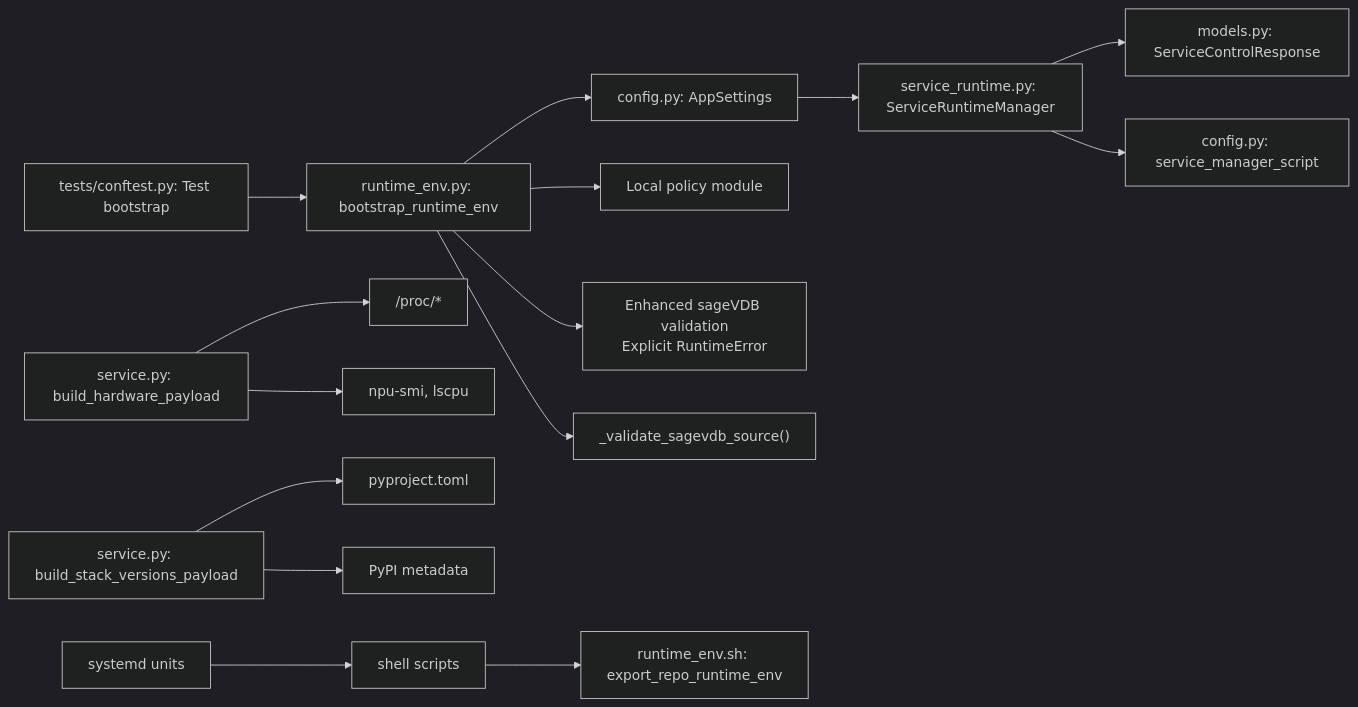
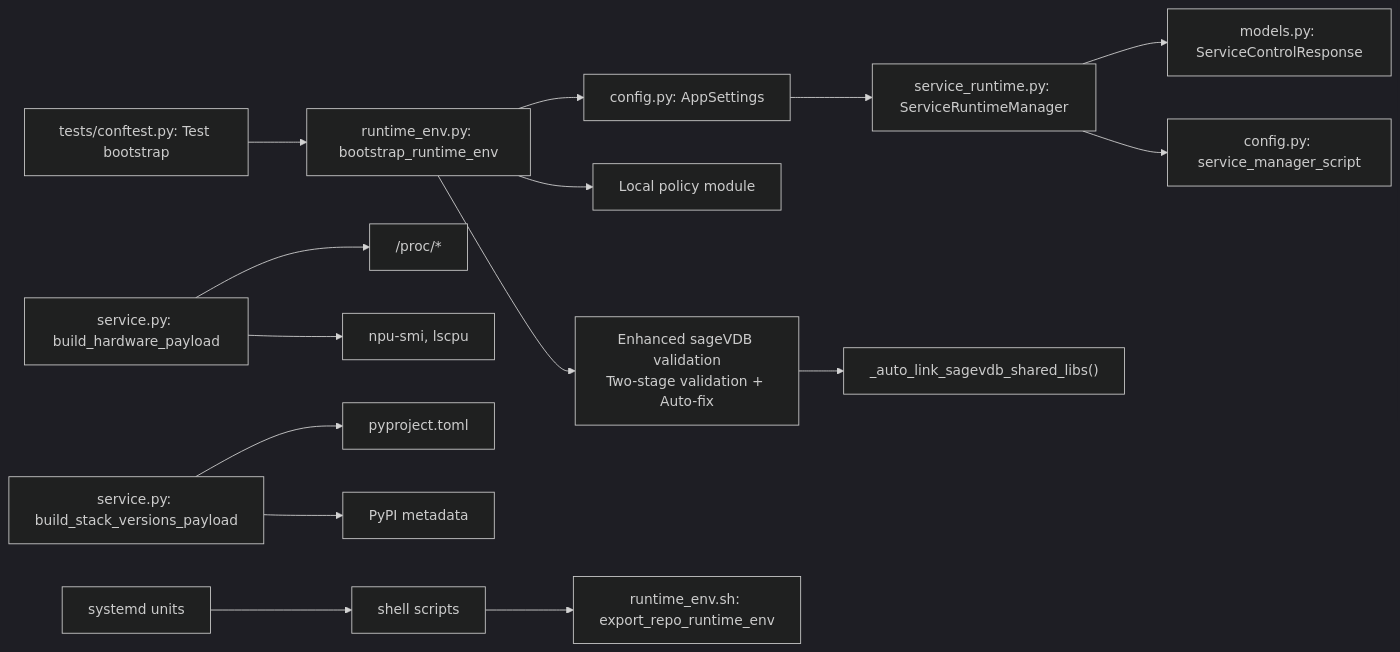
The sixth of 6 diagrams in .qoder/repowiki/en/content/Core Components/Runtime Environment.md (intellistream/sage-mate), drawn with Mermaid (dark theme) before and after one commit. The commit also changed other lines of this file and 53 other files, not shown here.

````diff
--- a/.qoder/repowiki/en/content/Core Components/Runtime Environment.md
+++ b/.qoder/repowiki/en/content/Core Components/Runtime Environment.md
@@ -367,17 +380,17 @@
 ```mermaid
 graph LR
 Config["config.py: AppSettings"] --> RuntimeMgr["service_runtime.py: ServiceRuntimeManager"]
 RuntimeMgr --> Models["models.py: ServiceControlResponse"]
 RuntimeMgr --> SettingsScript["config.py: service_manager_script"]
 Boot["runtime_env.py: bootstrap_runtime_env"] --> Config
 Boot --> Policy["Local policy module"]
-Boot --> SageVDB["Enhanced sageVDB validation<br/>Explicit RuntimeError"]
-Boot --> SageVDBCheck["_validate_sagevdb_source()"]
+Boot --> SageVDB["Enhanced sageVDB validation<br/>Two-stage validation + Auto-fix"]
+SageVDB --> AutoLink["_auto_link_sagevdb_shared_libs()"]
 Tests["tests/conftest.py: Test bootstrap"] --> Boot
 HW["service.py: build_hardware_payload"] --> Proc["/proc/*"]
 HW --> Tools["npu-smi, lscpu"]
 Versions["service.py: build_stack_versions_payload"] --> PyProj["pyproject.toml"]
 Versions --> PyPI["PyPI metadata"]
 Units["systemd units"] --> Scripts["shell scripts"]
 Scripts --> Env["runtime_env.sh: export_repo_runtime_env"]
 ```
````
